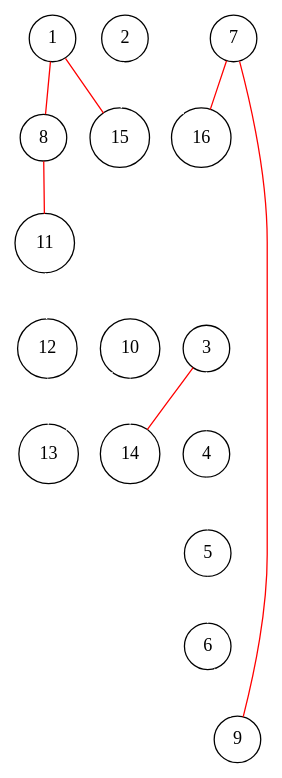
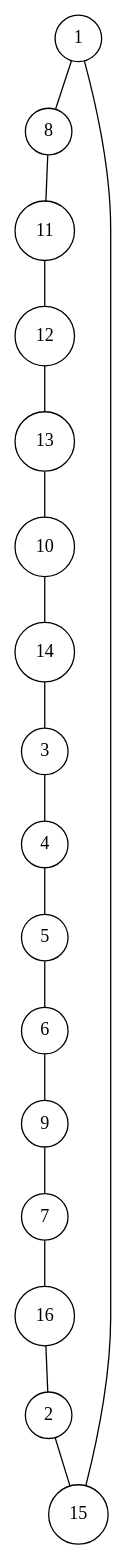
One commit to lugot/tsp-approximation changed the diagram in data_tsplib/ulysses16/ulysses16.0.dot. Above: the diagram before and after it, drawn with Graphviz. The commit also changed 22 other files, not shown here.

```diff
--- a/data_tsplib/ulysses16/ulysses16.0.dot
+++ b/data_tsplib/ulysses16/ulysses16.0.dot
@@ -1,36 +1,36 @@
 graph ulysses16 {
 	node [shape=circle fillcolor=white]
 	1 [ pos = "18.549600,9.905409!"]
 	2 [ pos = "19.194761,12.684938!"]
 	3 [ pos = "19.674994,12.282319!"]
 	4 [ pos = "17.589134,11.215135!"]
 	5 [ pos = "16.240602,5.112782!"]
 	6 [ pos = "18.219743,5.913170!"]
 	7 [ pos = "18.636915,6.359447!"]
 	8 [ pos = "18.200340,9.915110!"]
 	9 [ pos = "20.000000,4.414261!"]
 	10 [ pos = "19.970895,6.330342!"]
 	11 [ pos = "17.501819,-2.527286!"]
 	12 [ pos = "18.661169,7.339316!"]
 	13 [ pos = "18.505942,7.446034!"]
 	14 [ pos = "18.195489,7.358719!"]
 	15 [ pos = "17.215620,6.946398!"]
 	16 [ pos = "19.092894,9.488237!"]
 
-	1 -- 8 [color = red]
-	1 -- 15 [color = red]
-	2 -- 15 [color = white]
-	2 -- 16 [color = white]
-	3 -- 4 [color = white]
-	3 -- 14 [color = red]
-	4 -- 5 [color = white]
-	5 -- 6 [color = white]
-	6 -- 9 [color = white]
-	7 -- 9 [color = red]
-	7 -- 16 [color = red]
-	8 -- 11 [color = red]
-	10 -- 13 [color = white]
-	10 -- 14 [color = white]
-	11 -- 12 [color = white]
-	12 -- 13 [color = white]
+	16 -- 2
+	2 -- 15
+	15 -- 1
+	1 -- 8
+	8 -- 11
+	11 -- 12
+	12 -- 13
+	13 -- 10
+	10 -- 14
+	14 -- 3
+	3 -- 4
+	4 -- 5
+	5 -- 6
+	6 -- 9
+	9 -- 7
+	7 -- 16
 }
```
